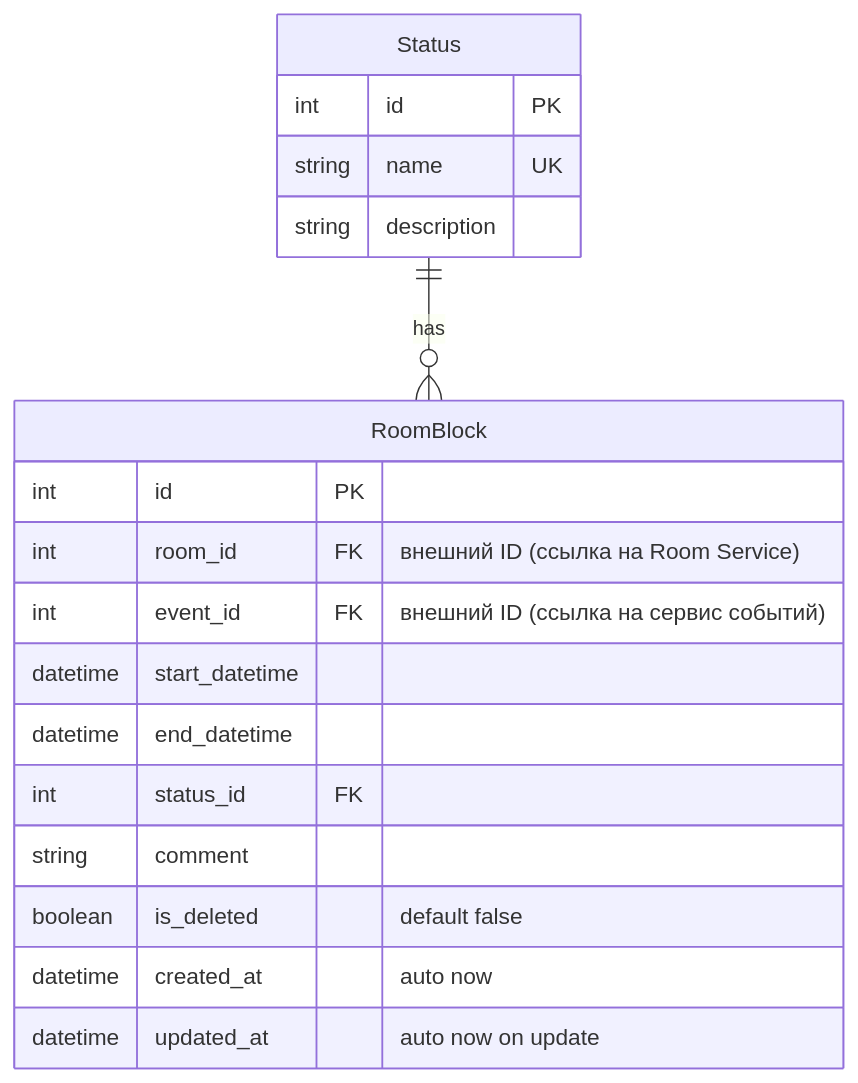
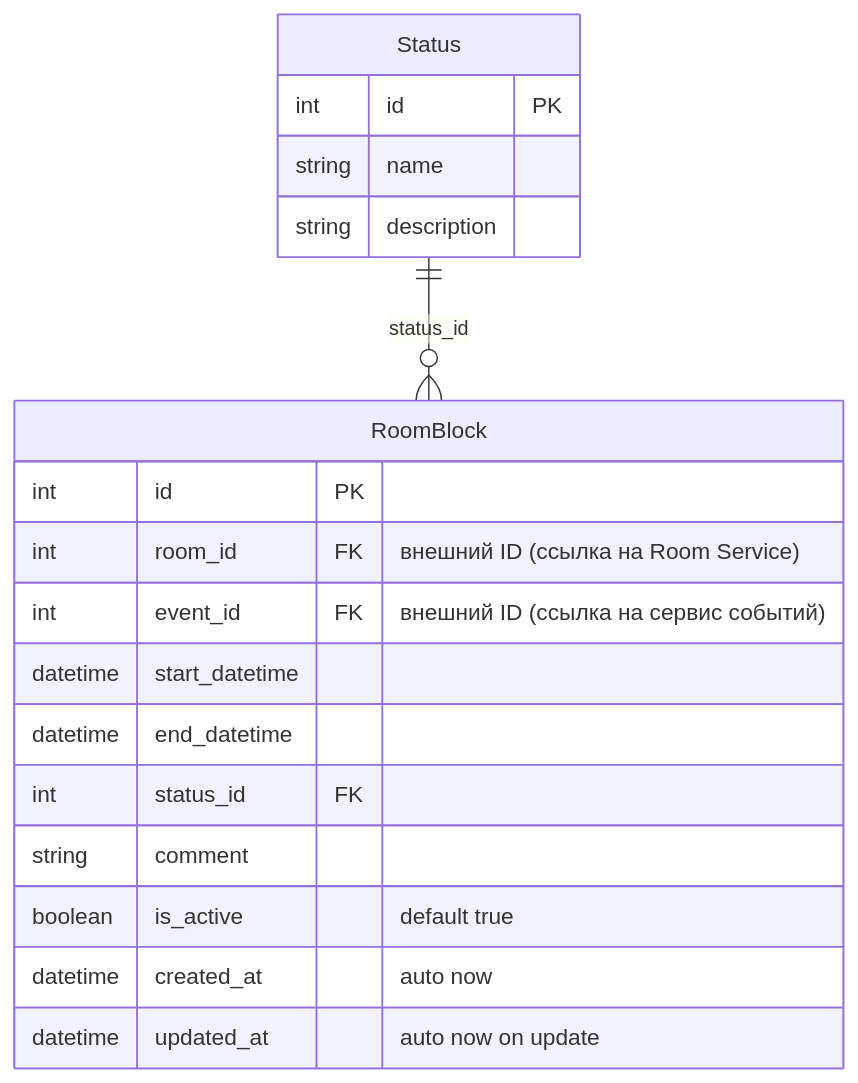
Before and after one commit to super122gg/KPK_UP2_23-1P9: the diagram in S24/doc.md, drawn with Mermaid. The commit also changed other lines of this file, not shown here.

````diff
--- a/S24/doc.md
+++ b/S24/doc.md
@@ -8,21 +8,21 @@
 ```mermaid
 erDiagram
     Status {
         int id PK
-        string name UK
+        string name
         string description
     }
     RoomBlock {
         int id PK
         int room_id FK "внешний ID (ссылка на Room Service)"
         int event_id FK "внешний ID (ссылка на сервис событий)"
         datetime start_datetime
         datetime end_datetime
         int status_id FK
         string comment
-        boolean is_deleted "default false"
+        boolean is_active "default true"
         datetime created_at "auto now"
         datetime updated_at "auto now on update"
     }
-    Status ||--o{ RoomBlock : has
+    Status ||--o{ RoomBlock : "status_id"
 ```
````
